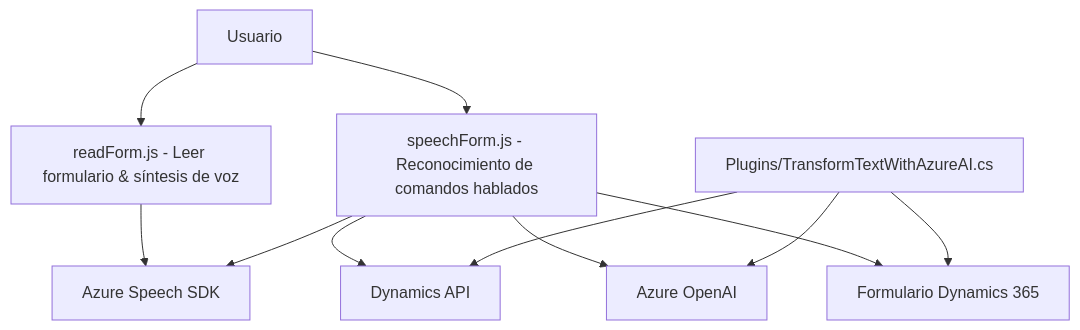
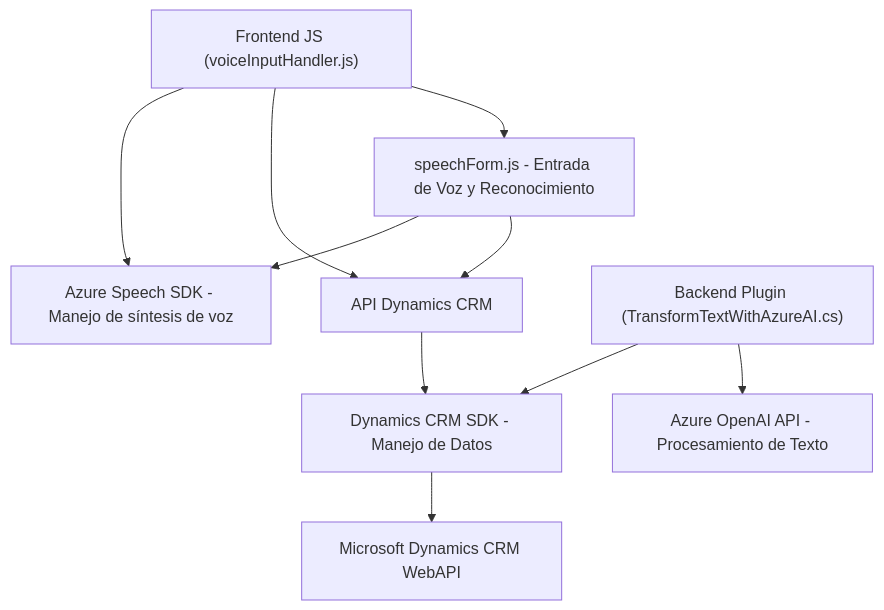
The diagram in README.md (blopezdm/NETCORE_BILBAO2025), drawn with Mermaid before and after one commit. The commit also changed other lines of this file, not shown here.

````diff
--- a/README.md
+++ b/README.md
@@ -47,22 +33,14 @@
 ```mermaid
 graph TD
-A["Usuario"]
-B["readForm.js - Leer formulario & síntesis de voz"]
-C["speechForm.js - Reconocimiento de comandos hablados"]
-D["Plugins/TransformTextWithAzureAI.cs"]
-E["Dynamics API"]
-F["Azure Speech SDK"]
-G["Azure OpenAI"]
-H["Formulario Dynamics 365"]
+    A["Frontend JS (voiceInputHandler.js)"] --> B["Azure Speech SDK - Manejo de síntesis de voz"]
+    A --> C["API Dynamics CRM"]
+    A --> D["speechForm.js - Entrada de Voz y Reconocimiento"]
+    D --> B
+    D --> C
 
-A --> B
-A --> C
-B --> F
-C --> F
-C --> E
-C --> G
-D --> E
-D --> G
-C --> H
-D --> H
+    E["Backend Plugin (TransformTextWithAzureAI.cs)"] --> F["Dynamics CRM SDK - Manejo de Datos"]
+    E --> G["Azure OpenAI API - Procesamiento de Texto"]
+
+    C --> F
+    F --> H["Microsoft Dynamics CRM WebAPI"]
 ```
````
